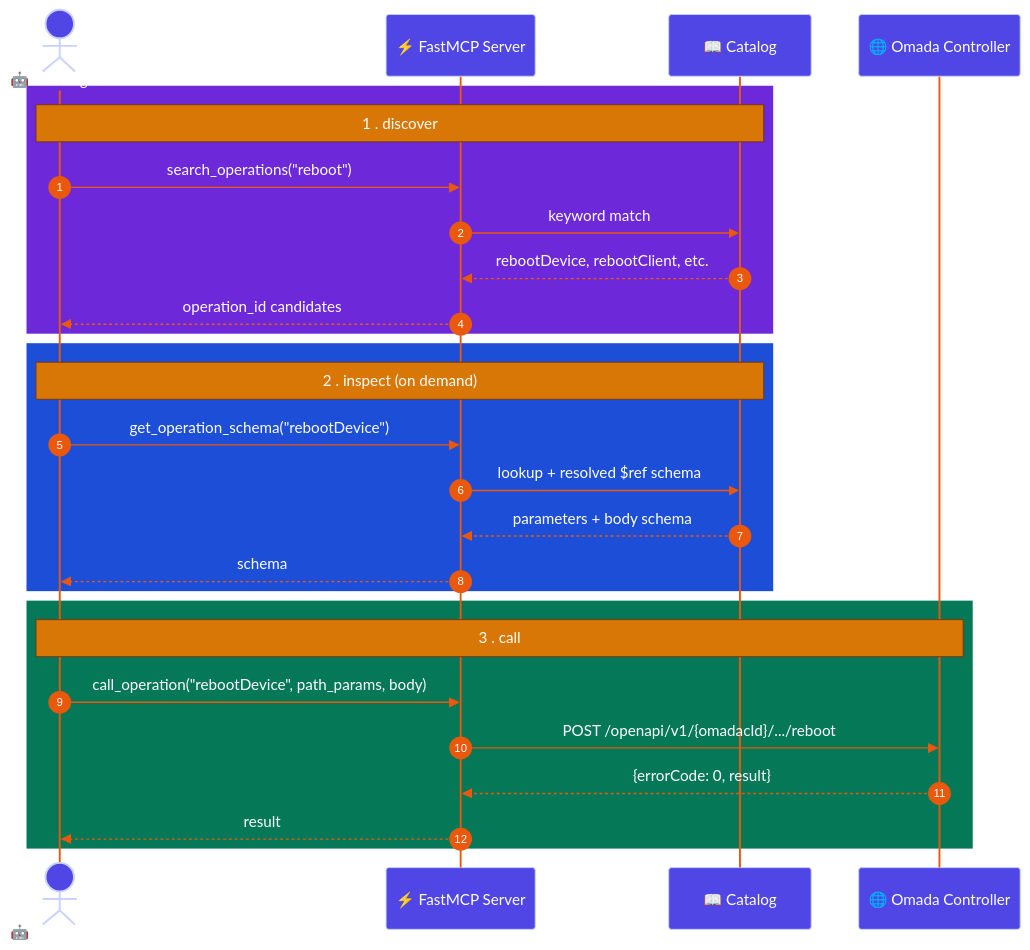
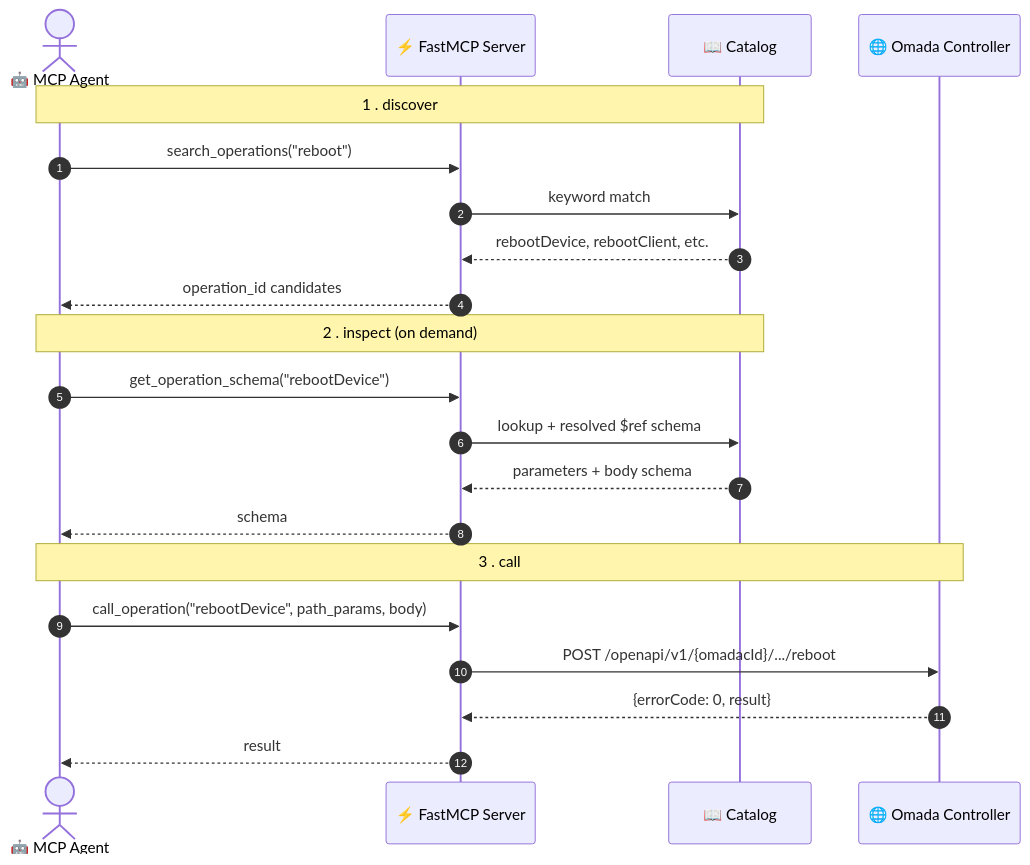
One commit to samhaque/omada-controller-mcp changed the second of 2 diagrams in README.md. Above: the diagram before and after it, drawn with Mermaid. The commit also changed other lines of this file, not shown here.

Commit message:
Simplify Mermaid diagrams to default theme
Dropped the custom themeVariables/classDef/rect color overrides. Rendered
both diagrams locally with Playwright (light and dark) to check before
committing: default theme reads cleaner and has better contrast in both
modes than the hand-picked palette did.

````diff
--- a/README.md
+++ b/README.md
@@ -58,40 +48,26 @@
 ```mermaid
-%%{init: {'theme': 'base', 'themeVariables': {
-  'primaryColor': '#7c3aed', 'primaryTextColor': '#ffffff', 'primaryBorderColor': '#c4b5fd',
-  'lineColor': '#ea580c', 'actorBkg': '#4f46e5', 'actorBorder': '#c7d2fe', 'actorTextColor': '#ffffff',
-  'actorLineColor': '#ea580c', 'signalColor': '#ea580c', 'signalTextColor': '#ffffff',
-  'labelBoxBkgColor': '#4f46e5', 'labelBoxBorderColor': '#c7d2fe', 'labelTextColor': '#ffffff',
-  'noteBkgColor': '#d97706', 'noteBorderColor': '#78350f', 'noteTextColor': '#ffffff',
-  'activationBorderColor': '#c4b5fd', 'activationBkgColor': '#6d28d9', 'sequenceNumberColor': '#ffffff'
-}}}%%
 sequenceDiagram
     autonumber
     actor Agent as 🤖 MCP Agent
     participant Srv as ⚡ FastMCP Server
     participant Cat as 📖 Catalog
     participant Ctl as 🌐 Omada Controller
 
-    rect rgb(109, 40, 217)
     note over Agent,Cat: 1 . discover
     Agent->>Srv: search_operations("reboot")
     Srv->>Cat: keyword match
     Cat-->>Srv: rebootDevice, rebootClient, etc.
     Srv-->>Agent: operation_id candidates
-    end
 
-    rect rgb(29, 78, 216)
     note over Agent,Cat: 2 . inspect (on demand)
     Agent->>Srv: get_operation_schema("rebootDevice")
     Srv->>Cat: lookup + resolved $ref schema
     Cat-->>Srv: parameters + body schema
     Srv-->>Agent: schema
-    end
 
-    rect rgb(4, 120, 87)
     note over Agent,Ctl: 3 . call
     Agent->>Srv: call_operation("rebootDevice", path_params, body)
     Srv->>Ctl: POST /openapi/v1/{omadacId}/.../reboot
     Ctl-->>Srv: {errorCode: 0, result}
     Srv-->>Agent: result
-    end
 ```
````
